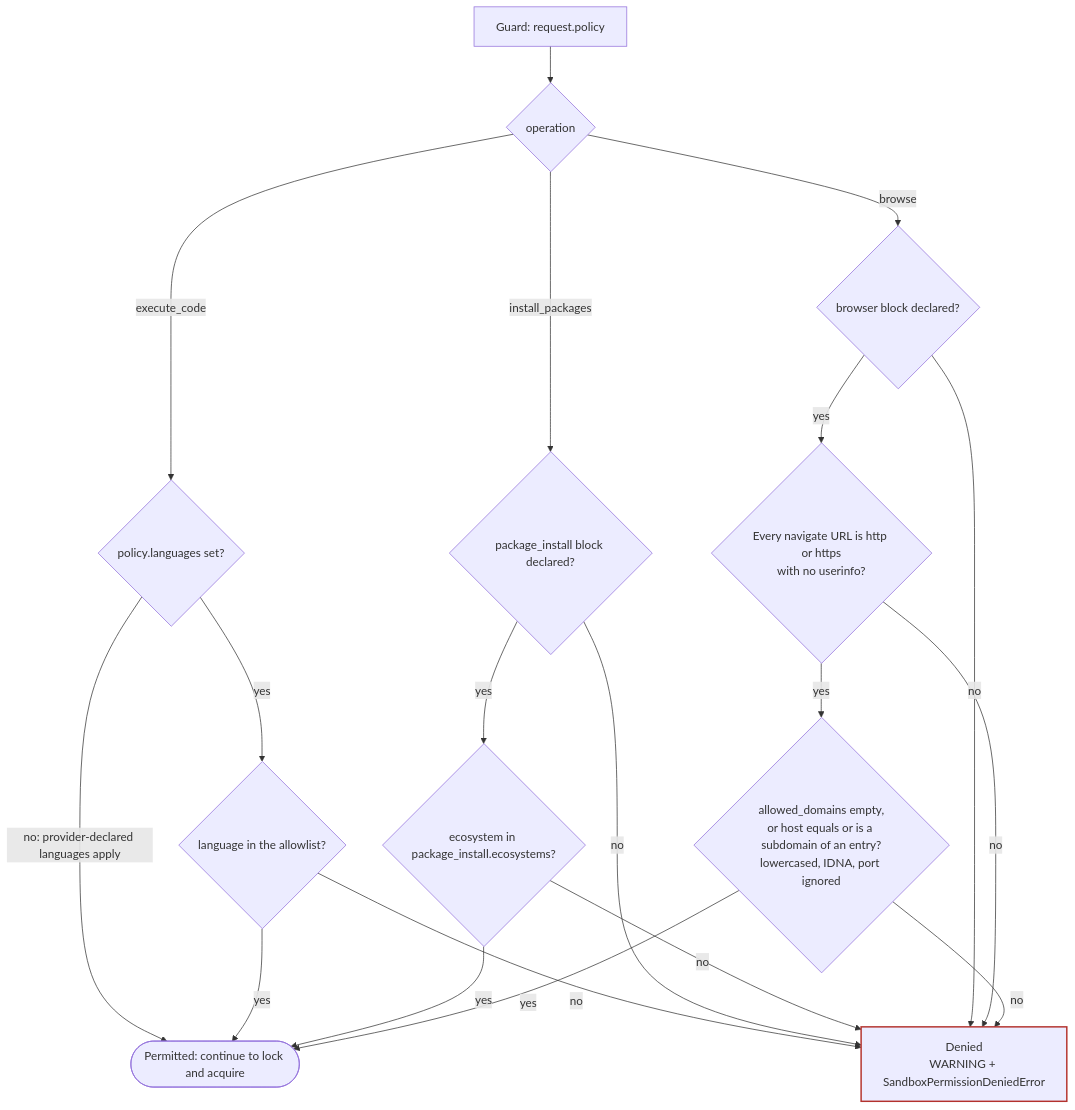
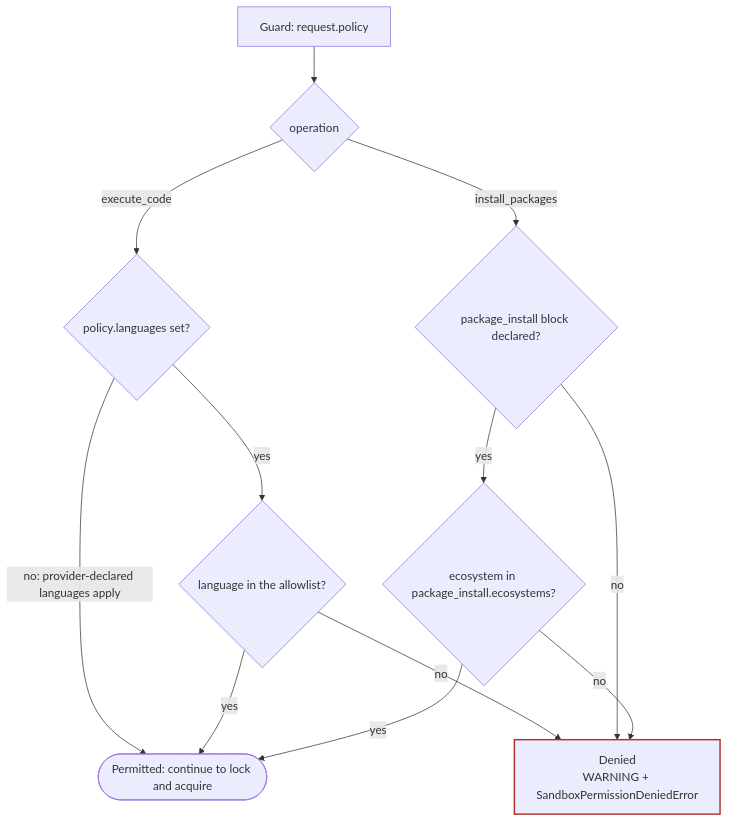
The second of 7 diagrams in docs/specs/692-sandbox-extended-permissions/research/diagrams.md (yaalalabs/agent-kernel), drawn with Mermaid before and after one commit. The commit also changed other lines of this file and 1 other file, not shown here.

Commit message:
docs: update design and diagrams for sandbox extended permissions, removing browser automation capability

````diff
--- a/docs/specs/692-sandbox-extended-permissions/research/diagrams.md
+++ b/docs/specs/692-sandbox-extended-permissions/research/diagrams.md
@@ -54,29 +56,21 @@
 ```mermaid
 flowchart TD
   IN["Guard: request.policy"] --> OPS{"operation"}
 
   OPS -->|"execute_code"| L1{"policy.languages set?"}
   L1 -->|"no: provider-declared languages apply"| OK
   L1 -->|"yes"| L2{"language in the allowlist?"}
   L2 -->|"no"| DENY
   L2 -->|"yes"| OK
 
   OPS -->|"install_packages"| P1{"package_install block declared?"}
   P1 -->|"no"| DENY
   P1 -->|"yes"| P2{"ecosystem in package_install.ecosystems?"}
   P2 -->|"no"| DENY
   P2 -->|"yes"| OK
 
-  OPS -->|"browse"| B1{"browser block declared?"}
-  B1 -->|"no"| DENY
-  B1 -->|"yes"| B2{"Every navigate URL is http or https<br/>with no userinfo?"}
-  B2 -->|"no"| DENY
-  B2 -->|"yes"| B3{"allowed_domains empty,<br/>or host equals or is a subdomain of an entry?<br/>lowercased, IDNA, port ignored"}
-  B3 -->|"no"| DENY
-  B3 -->|"yes"| OK
-
   DENY["Denied<br/>WARNING + SandboxPermissionDeniedError"]
   OK(["Permitted: continue to lock and acquire"])
   classDef deny stroke:#b3322d,stroke-width:2px
   class DENY deny
 ```
````
